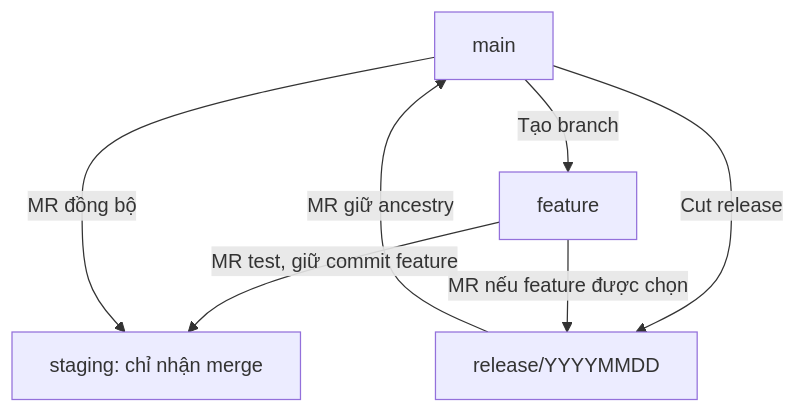
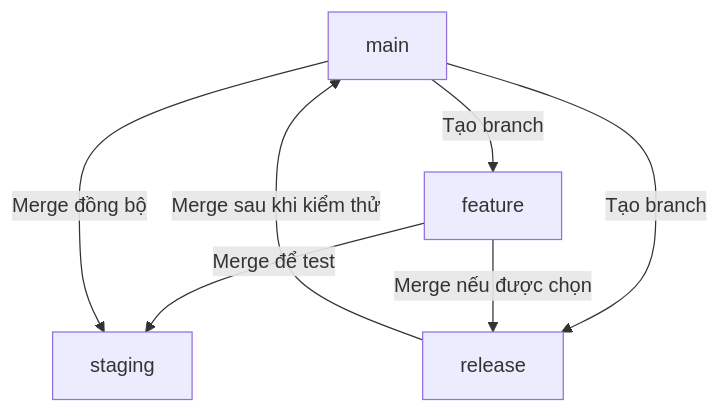
Before and after one commit to huynv81/vhm: the diagram in gitflow-release-ancestry.md, drawn with Mermaid. The commit also changed other lines of this file, not shown here.

````diff
--- a/gitflow-release-ancestry.md
+++ b/gitflow-release-ancestry.md
@@ -110,9 +10,9 @@
 ```mermaid
 flowchart TD
     M[main] -->|Tạo branch| F[feature]
-    F -->|MR test, giữ commit feature| S[staging: chỉ nhận merge]
-    M -->|Cut release| R[release/YYYYMMDD]
-    F -->|MR nếu feature được chọn| R
-    R -->|MR giữ ancestry| M
-    M -->|MR đồng bộ| S
+    F -->|Merge để test| S[staging]
+    M -->|Tạo branch| R[release]
+    F -->|Merge nếu được chọn| R
+    R -->|Merge sau khi kiểm thử| M
+    M -->|Merge đồng bộ| S
 ```
````
